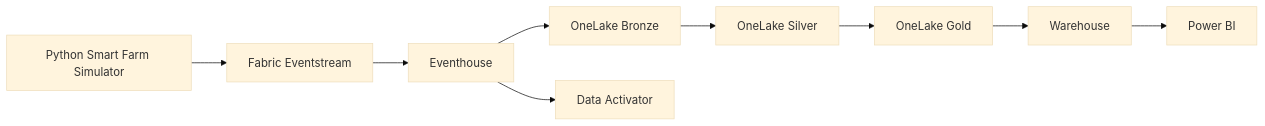
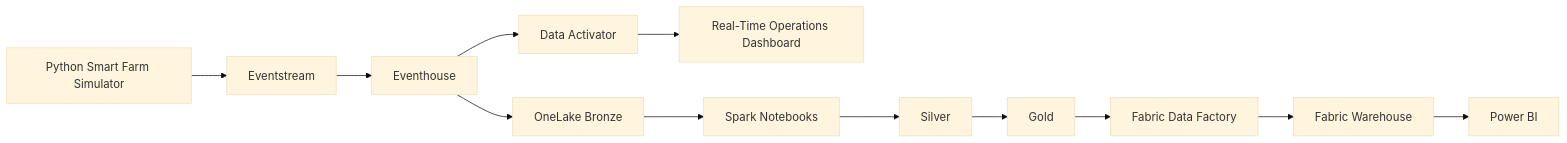
The diagram in docs/events/event-schema.md (jbaguio27/fabric-smart-farming-analytics), drawn with Mermaid (base theme) before and after one commit. The commit also changed other lines of this file and 11 other files, not shown here.

Commit message:
docs: updated doc file markdown for the newly updated architecture adding live dashboard

````diff
--- a/docs/events/event-schema.md
+++ b/docs/events/event-schema.md
@@ -1248,21 +1265,29 @@
 ```mermaid
 flowchart LR
+
 A[Python Smart Farm Simulator]
-B[Fabric Eventstream]
+B[Eventstream]
 C[Eventhouse]
-D[OneLake Bronze]
-E[OneLake Silver]
-F[OneLake Gold]
-G[Warehouse]
-H[Power BI]
-I[Data Activator]
+D[Data Activator]
+E[Real-Time Operations Dashboard]
+F[OneLake Bronze]
+G[Spark Notebooks]
+H[Silver]
+I[Gold]
+J[Fabric Data Factory]
+K[Fabric Warehouse]
+L[Power BI]
 
 A --> B
 B --> C
 C --> D
 D --> E
-E --> F
+
+C --> F
 F --> G
 G --> H
-C --> I
+H --> I
+I --> J
+J --> K
+K --> L
 ```
````
